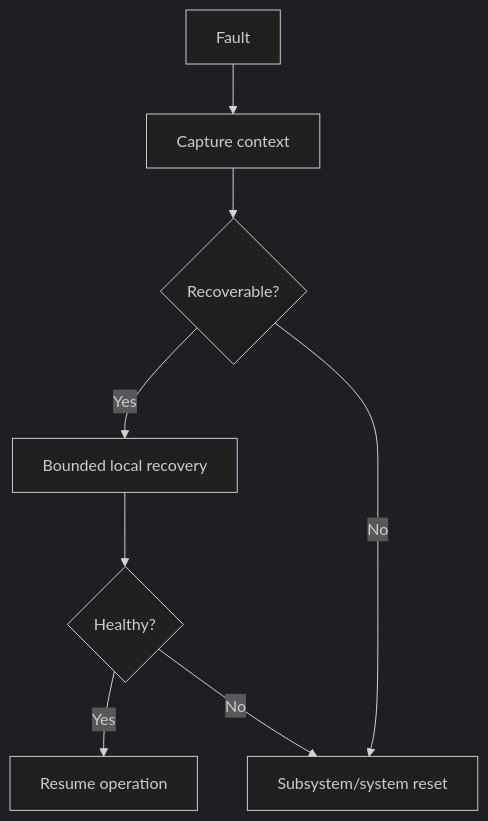
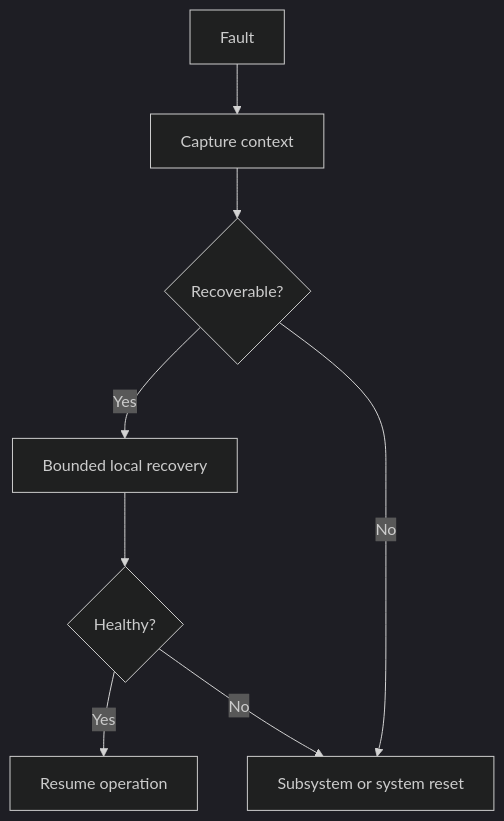
The fourth of 5 diagrams in blogs/EMBEDDED_INTERVIEW_PREPERATION/ADVANCED/04_EMBEDDED_C/Embedded_C_advance_questions.md (veer-Singh/TechBlogs), drawn with Mermaid (dark theme) before and after one commit. The commit also changed other lines of this file and 33 other files, not shown here.

````diff
--- a/blogs/EMBEDDED_INTERVIEW_PREPERATION/ADVANCED/04_EMBEDDED_C/Embedded_C_advance_questions.md
+++ b/blogs/EMBEDDED_INTERVIEW_PREPERATION/ADVANCED/04_EMBEDDED_C/Embedded_C_advance_questions.md
@@ -323,10 +433,10 @@
 ```mermaid
 flowchart TD
-	Fault --> Capture[Capture context]
-	Capture --> Classify{Recoverable?}
-	Classify -->|Yes| Local[Bounded local recovery]
-	Local --> Verify{Healthy?}
-	Verify -->|Yes| Resume[Resume operation]
-	Verify -->|No| Reset[Subsystem/system reset]
-	Classify -->|No| Reset
+    Fault --> Capture["Capture context"]
+    Capture --> Classify{"Recoverable?"}
+    Classify -->|Yes| Local["Bounded local recovery"]
+    Local --> Verify{"Healthy?"}
+    Verify -->|Yes| Resume["Resume operation"]
+    Verify -->|No| Reset["Subsystem or system reset"]
+    Classify -->|No| Reset
 ```
````
